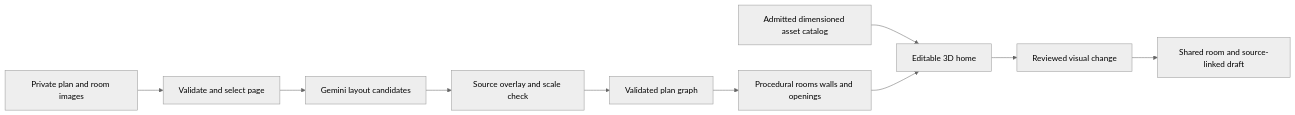
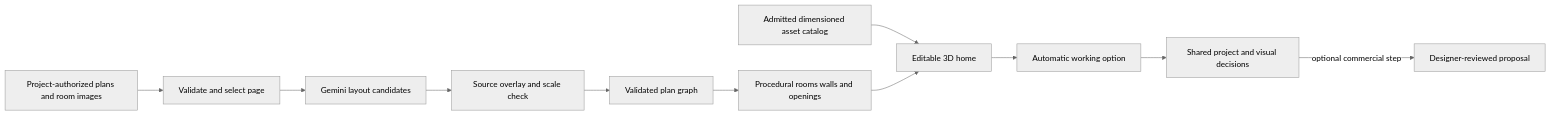
One commit to jayanth-mkv/vibe-estimate changed the second of 2 diagrams in docs/plan/v2.md. Above: the diagram before and after it, drawn with Mermaid (neutral theme). The commit also changed other lines of this file and 8 other files, not shown here.

````diff
--- a/docs/plan/v2.md
+++ b/docs/plan/v2.md
@@ -160,12 +175,13 @@
 ```mermaid
 flowchart LR
-    A[Private plan and room images] --> B[Validate and select page]
+    A[Project-authorized plans and room images] --> B[Validate and select page]
     B --> C[Gemini layout candidates]
     C --> D[Source overlay and scale check]
     D --> E[Validated plan graph]
     E --> F[Procedural rooms walls and openings]
     G[Admitted dimensioned asset catalog] --> H[Editable 3D home]
     F --> H
-    H --> I[Reviewed visual change]
-    I --> J[Shared room and source-linked draft]
+    H --> I[Automatic working option]
+    I --> J[Shared project and visual decisions]
+    J -->|optional commercial step| K[Designer-reviewed proposal]
 ```
````
